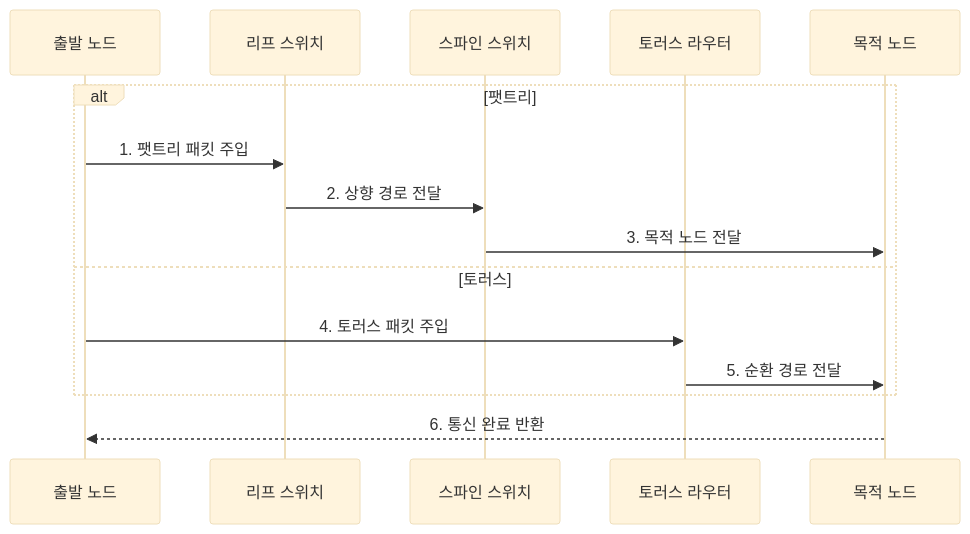
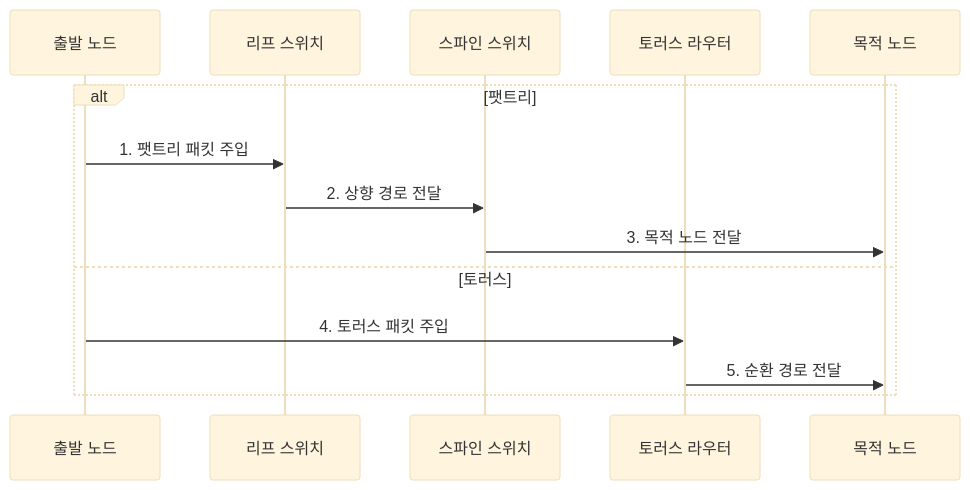
One commit to agnusdei1207/knowledge-base changed the second of 2 diagrams in src/content/docs/notes/02-hardware/094_interconnect_topology_fat_tree_torus.md. Above: the diagram before and after it, drawn with Mermaid (base theme). The commit also changed other lines of this file and 86 other files, not shown here.

````diff
--- a/src/content/docs/notes/02-hardware/094_interconnect_topology_fat_tree_torus.md
+++ b/src/content/docs/notes/02-hardware/094_interconnect_topology_fat_tree_torus.md
@@ -94,17 +96,16 @@
 ```mermaid
 sequenceDiagram
     participant S as 출발 노드
     participant L as 리프 스위치
     participant P as 스파인 스위치
     participant R as 토러스 라우터
     participant D as 목적 노드
     alt 팻트리
         S->>L: 1. 팻트리 패킷 주입
         L->>P: 2. 상향 경로 전달
         P->>D: 3. 목적 노드 전달
     else 토러스
         S->>R: 4. 토러스 패킷 주입
         R->>D: 5. 순환 경로 전달
     end
-    D-->>S: 6. 통신 완료 반환
 ```
````
